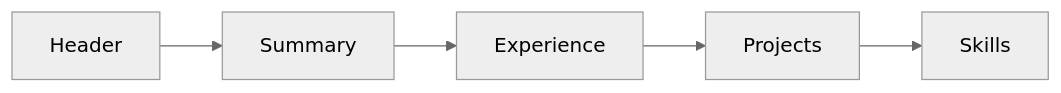
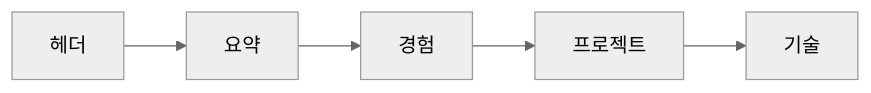
The diagram in content/developer-career-101/ko/04-resume-and-portfolio.md (yeongseon-books/book-content), drawn with Mermaid (neutral theme) before and after one commit. The commit also changed other lines of this file and 9 other files, not shown here.

````diff
--- a/content/developer-career-101/ko/04-resume-and-portfolio.md
+++ b/content/developer-career-101/ko/04-resume-and-portfolio.md
@@ -33,7 +46,7 @@
 ```mermaid
 flowchart LR
-    H[Header] --> S[Summary]
-    S --> E[Experience]
-    E --> P[Projects]
-    P --> Sk[Skills]
+    H[헤더] --> S[요약]
+    S --> E[경험]
+    E --> P[프로젝트]
+    P --> Sk[기술]
 ```
````
